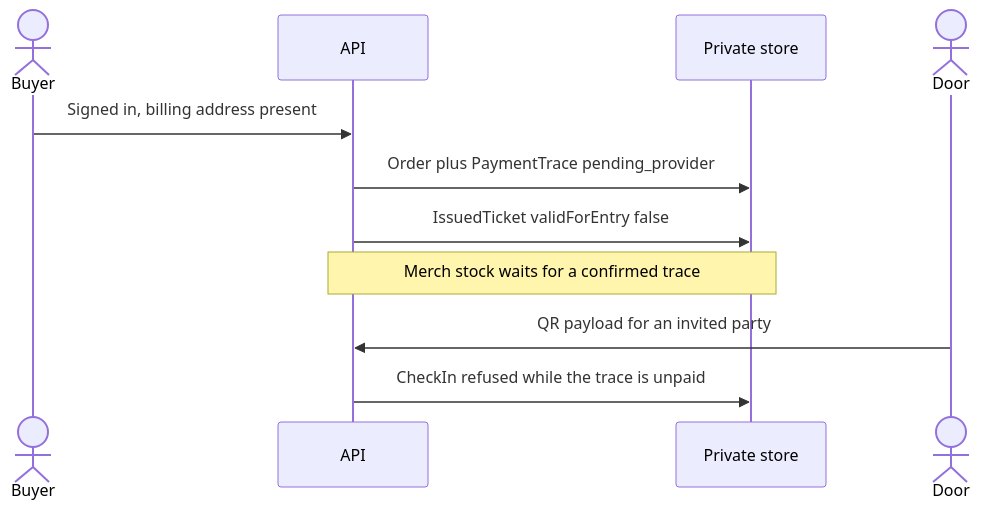
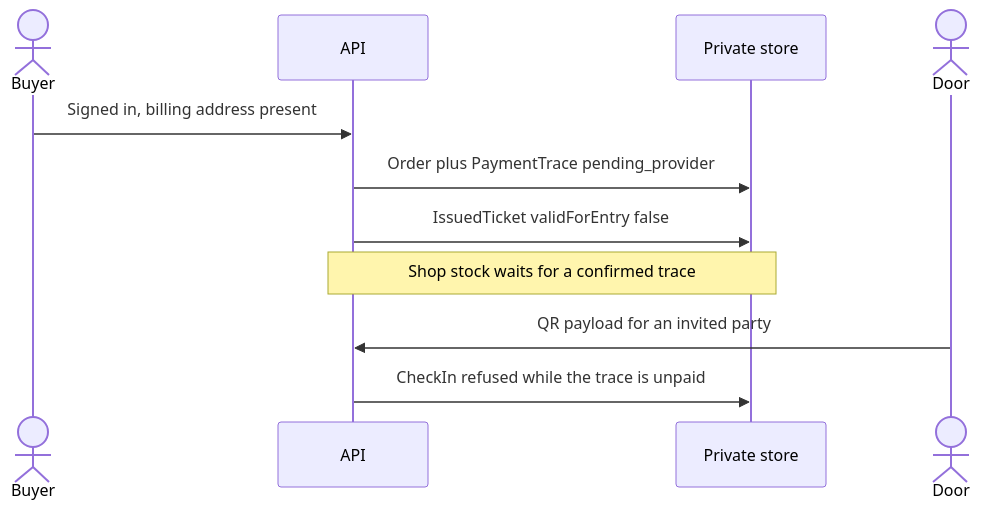
Before and after one commit to tropicalnomads/tropical-nomads-onepage: the second of 2 diagrams in docs/architecture/models.md, drawn with Mermaid. The commit also changed other lines of this file and 104 other files, not shown here.

````diff
--- a/docs/architecture/models.md
+++ b/docs/architecture/models.md
@@ -160,13 +160,13 @@
 ```mermaid
 sequenceDiagram
   actor Buyer
   participant API
   participant Private as Private store
   Buyer->>API: Signed in, billing address present
   API->>Private: Order plus PaymentTrace pending_provider
   API->>Private: IssuedTicket validForEntry false
-  Note over API,Private: Merch stock waits for a confirmed trace
+  Note over API,Private: Shop stock waits for a confirmed trace
   actor Door
   Door->>API: QR payload for an invited party
   API->>Private: CheckIn refused while the trace is unpaid
 ```
````
